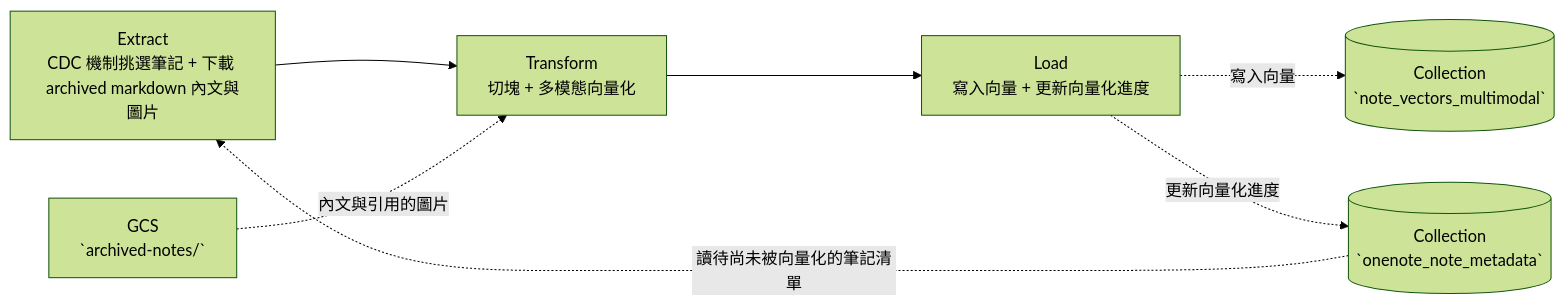
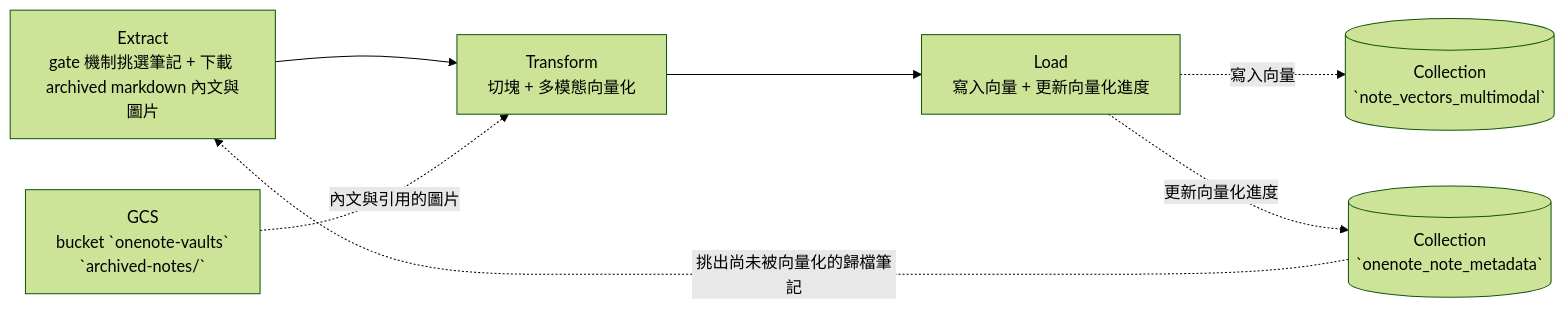
One commit to Jessie-Lin-810630/personnel_skill_library changed the diagram in task08_onenote_embed_etl/README.md. Above: the diagram before and after it, drawn with Mermaid (forest theme). The commit also changed other lines of this file and 8 other files, not shown here.

Commit message:
docs:revise task-level READMEs to align data flow and schema with implementation

````diff
--- a/task08_onenote_embed_etl/README.md
+++ b/task08_onenote_embed_etl/README.md
@@ -31,8 +31,8 @@
 ```mermaid
 flowchart LR
-    E[Extract<br/>CDC 機制挑選筆記 + 下載 archived markdown 內文與圖片] --> T[Transform<br/>切塊 + 多模態向量化] --> L[Load<br/>寫入向量 +  更新向量化進度]
-    M[(Collection<br/>`onenote_note_metadata`)] -. 讀待尚未被向量化的筆記清單 .-> E
-    Arch[GCS<br/>`archived-notes/`] -. 內文與引用的圖片 .-> T
+    E[Extract<br/>gate 機制挑選筆記 + 下載 archived markdown 內文與圖片] --> T[Transform<br/>切塊 + 多模態向量化] --> L[Load<br/>寫入向量 +  更新向量化進度]
+    M[(Collection<br/>`onenote_note_metadata`)] -. 挑出尚未被向量化的歸檔筆記 .-> E
+    Arch[GCS<br/>bucket `onenote-vaults`<br/>`archived-notes/`] -. 內文與引用的圖片 .-> T
     L -. 寫入向量 .-> V[(Collection<br/>`note_vectors_multimodal`)]
     L -. 更新向量化進度 .-> M
 ```
````
